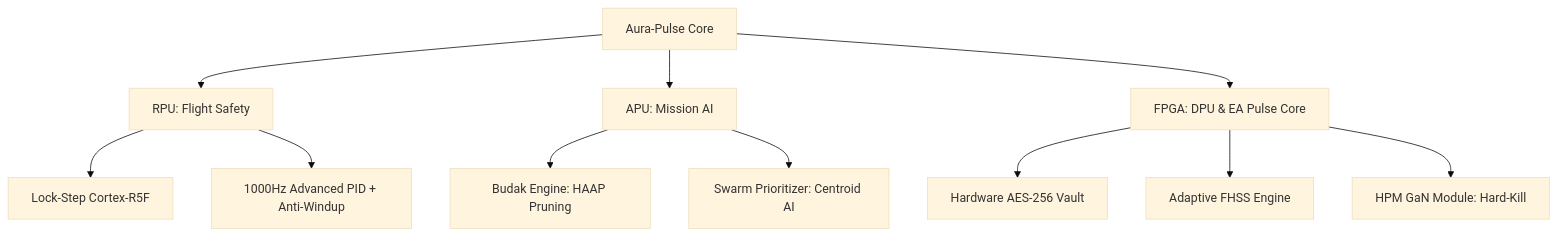
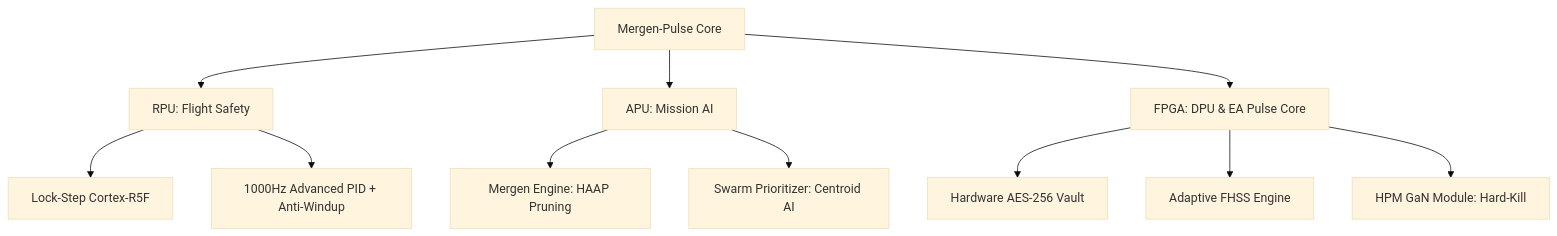
One commit to arch-yunus/AURA-PULSE-Autonomous-Aerial-Electronic-Attack changed the diagram in README.md. Above: the diagram before and after it, drawn with Mermaid (base theme). The commit also changed other lines of this file and 9 other files, not shown here.

Commit message:
chore: global project renaming to MERGEN-PULSE - Operation MERGEN completion

````diff
--- a/README.md
+++ b/README.md
@@ -21,16 +21,16 @@
 ```mermaid
 graph TD
-    A[Aura-Pulse Core] --> B[RPU: Flight Safety]
+    A[Mergen-Pulse Core] --> B[RPU: Flight Safety]
     A --> C[APU: Mission AI]
     A --> D[FPGA: DPU & EA Pulse Core]
     
     B --> B1[Lock-Step Cortex-R5F]
     B --> B2[1000Hz Advanced PID + Anti-Windup]
     
-    C --> C1[Budak Engine: HAAP Pruning]
+    C --> C1[Mergen Engine: HAAP Pruning]
     C --> C2[Swarm Prioritizer: Centroid AI]
     
     D --> D1[Hardware AES-256 Vault]
     D --> D2[Adaptive FHSS Engine]
     D --> D3[HPM GaN Module: Hard-Kill]
 ```
````
